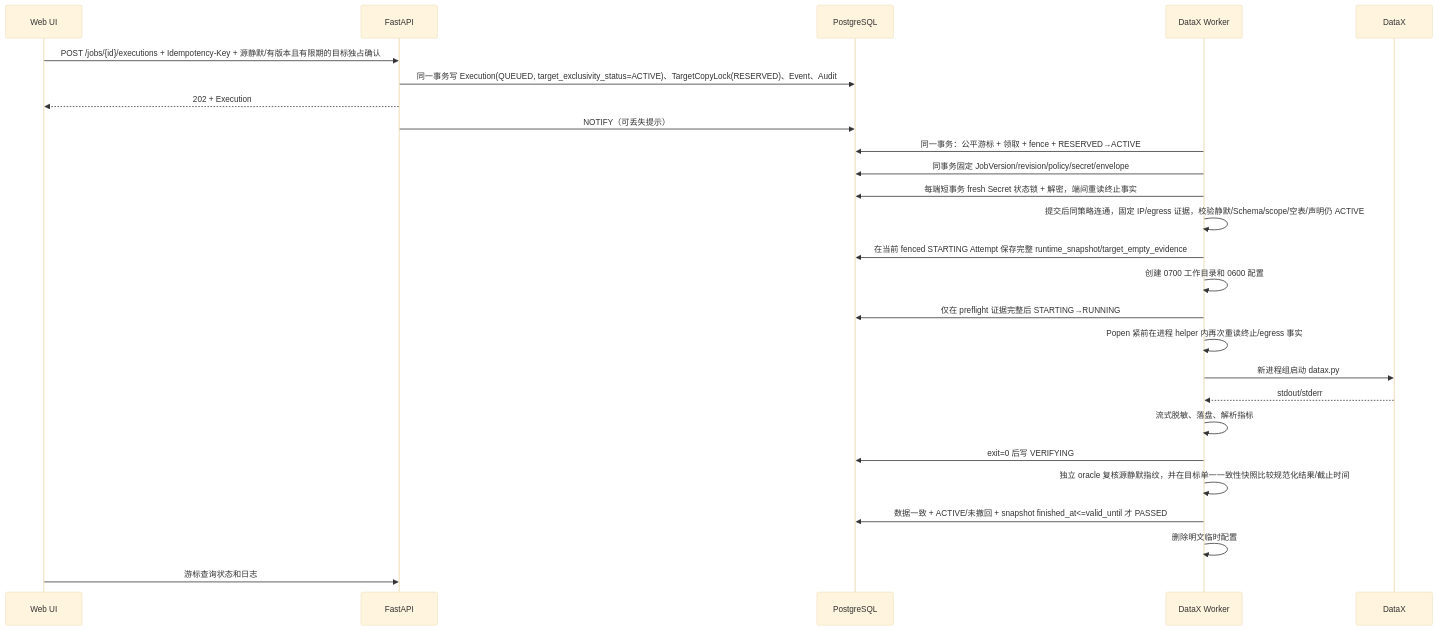
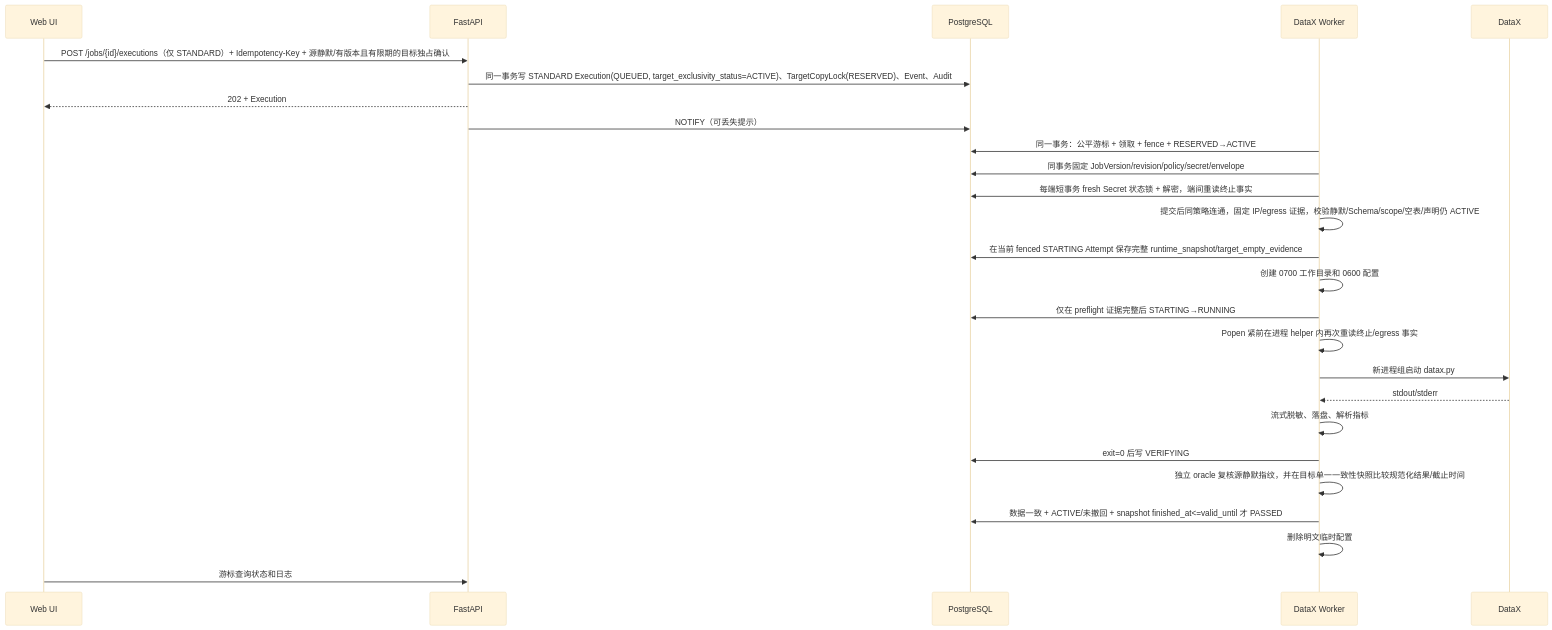
One commit to xiaoli2hust/datax changed the second of 3 diagrams in docs/03_技术架构设计.md. Above: the diagram before and after it, drawn with Mermaid (base theme). The commit also changed other lines of this file and 42 other files, not shown here.

````diff
--- a/docs/03_技术架构设计.md
+++ b/docs/03_技术架构设计.md
@@ -515,29 +543,29 @@
 ```mermaid
 sequenceDiagram
     participant UI as Web UI
     participant API as FastAPI
     participant DB as PostgreSQL
     participant W as DataX Worker
     participant DX as DataX
 
-    UI->>API: POST /jobs/{id}/executions + Idempotency-Key + 源静默/有版本且有限期的目标独占确认
-    API->>DB: 同一事务写 Execution(QUEUED, target_exclusivity_status=ACTIVE)、TargetCopyLock(RESERVED)、Event、Audit
+    UI->>API: POST /jobs/{id}/executions（仅 STANDARD）+ Idempotency-Key + 源静默/有版本且有限期的目标独占确认
+    API->>DB: 同一事务写 STANDARD Execution(QUEUED, target_exclusivity_status=ACTIVE)、TargetCopyLock(RESERVED)、Event、Audit
     API-->>UI: 202 + Execution
     API->>DB: NOTIFY（可丢失提示）
     W->>DB: 同一事务：公平游标 + 领取 + fence + RESERVED→ACTIVE
     W->>DB: 同事务固定 JobVersion/revision/policy/secret/envelope
     W->>DB: 每端短事务 fresh Secret 状态锁 + 解密，端间重读终止事实
     W->>W: 提交后同策略连通，固定 IP/egress 证据，校验静默/Schema/scope/空表/声明仍 ACTIVE
     W->>DB: 在当前 fenced STARTING Attempt 保存完整 runtime_snapshot/target_empty_evidence
     W->>W: 创建 0700 工作目录和 0600 配置
     W->>DB: 仅在 preflight 证据完整后 STARTING→RUNNING
     W->>W: Popen 紧前在进程 helper 内再次重读终止/egress 事实
     W->>DX: 新进程组启动 datax.py
     DX-->>W: stdout/stderr
     W->>W: 流式脱敏、落盘、解析指标
     W->>DB: exit=0 后写 VERIFYING
     W->>W: 独立 oracle 复核源静默指纹，并在目标单一一致性快照比较规范化结果/截止时间
     W->>DB: 数据一致 + ACTIVE/未撤回 + snapshot finished_at<=valid_until 才 PASSED
     W->>W: 删除明文临时配置
     UI->>API: 游标查询状态和日志
 ```
````
